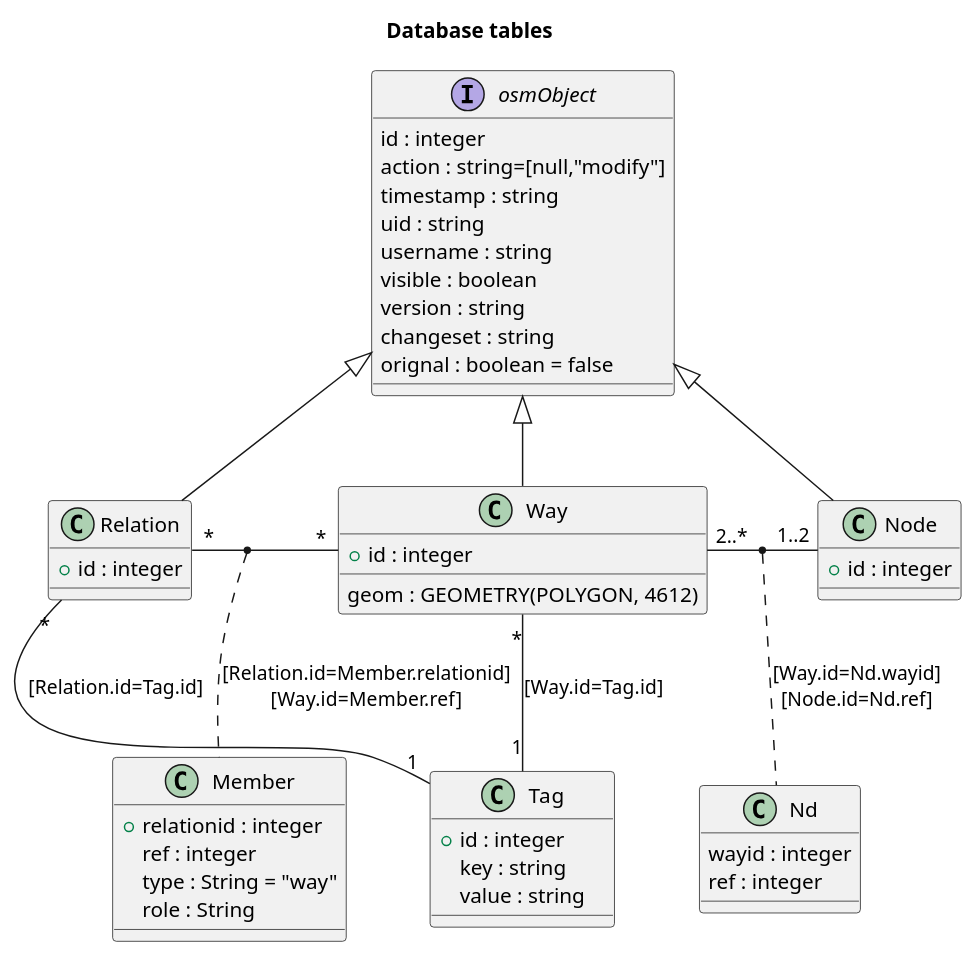
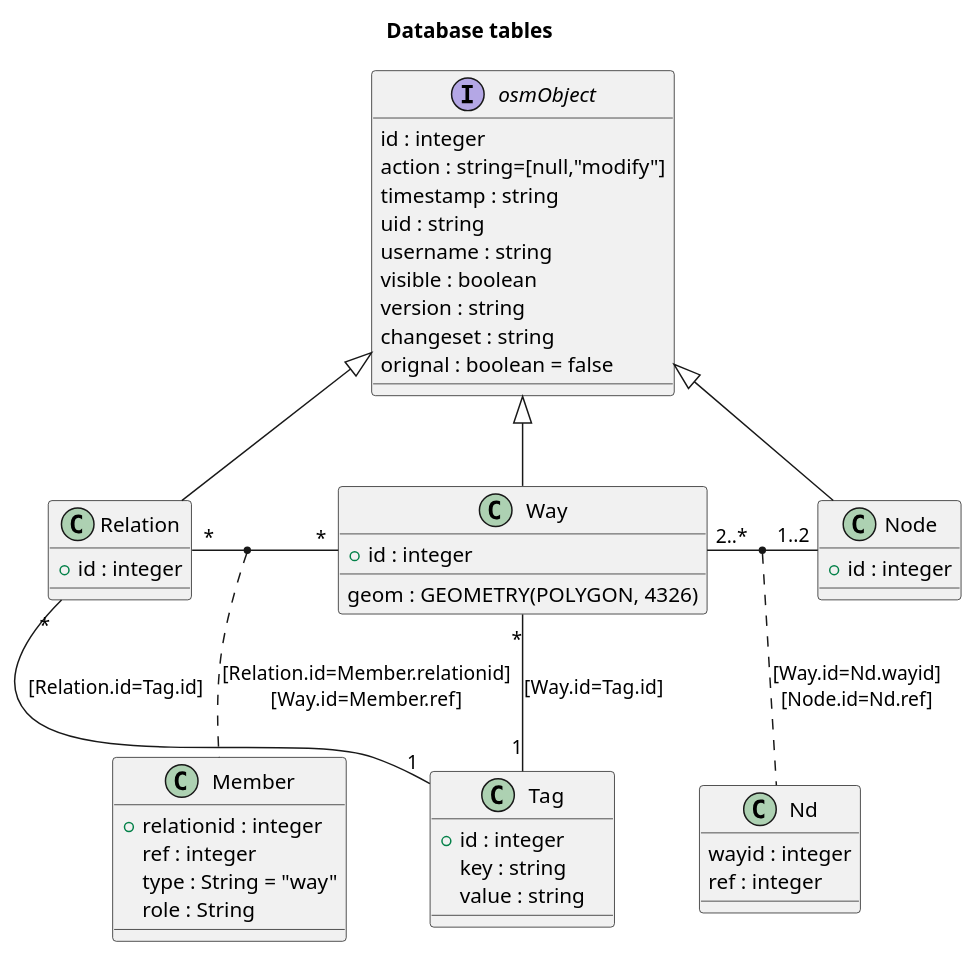
Before and after one commit to yuuhayashi/citygml-osm: the diagram in doc/dbTables.pu, drawn with PlantUML. The commit also changed 5 other files, not shown here.

```diff
--- a/doc/dbTables.pu
+++ b/doc/dbTables.pu
@@ -1,59 +1,59 @@
 @startuml
 title Database tables
 
 interface osmObject {
  id : integer
  action : string=[null,"modify"]
  timestamp : string
  uid : string
  username : string
  visible : boolean
  version : string
  changeset : string
  orignal : boolean = false
 }
 
 class Relation {
  +id : integer
 }
 
 class Member {
  +relationid : integer
  ref : integer
  type : String = "way"
  role : String
 }
 
 class Way {
  +id : integer
- geom : GEOMETRY(POLYGON, 4612)
+ geom : GEOMETRY(POLYGON, 4326)
 }
 
 class Nd {
  wayid : integer
  ref : integer
 }
 
 class Node {
  +id : integer
 }
 
 class Tag {
  +id : integer
  key : string
  value : string　
 }
 
 osmObject <|-- Relation
 osmObject <|-- Way
 osmObject <|-- Node
 
 Relation "*" - "*" Way
 (Relation, Way) .. Member : [Relation.id=Member.relationid]\n[Way.id=Member.ref] 
 
 Way "2..*" - "1..2" Node
 (Way, Node) .. Nd : [Way.id=Nd.wayid]\n[Node.id=Nd.ref]
 
 Relation "*" -- "1" Tag : [Relation.id=Tag.id]
 Way "*" -- "1" Tag : [Way.id=Tag.id]
 @enduml
```
